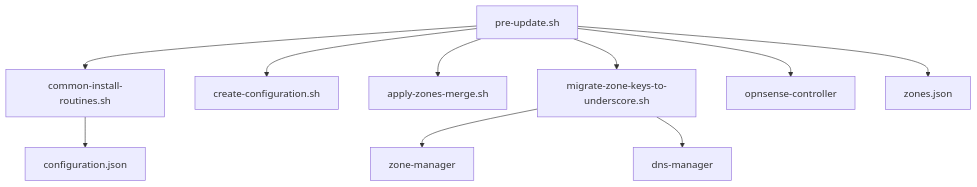
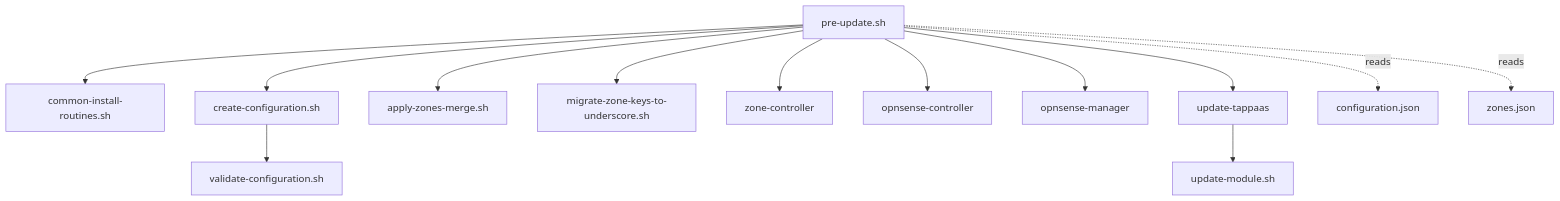
One commit to TAPPaaS/TAPPaaS changed the second of 6 diagrams in src/foundation/DEPENDENCIES.md. Above: the diagram before and after it, drawn with Mermaid. The commit also changed other lines of this file and 3 other files, not shown here.

First line of the commit message:
S0 complete: tappaas-cicd manager/controller reorg (P4-structure)

````diff
--- a/src/foundation/DEPENDENCIES.md
+++ b/src/foundation/DEPENDENCIES.md
@@ -287,12 +134,15 @@
 ```mermaid
 graph TD
-    A["pre-update.sh"] --> B["common-install-routines.sh"]
-    A --> C["create-configuration.sh"]
-    A --> D["apply-zones-merge.sh"]
-    A --> E["migrate-zone-keys-to-underscore.sh"]
-    A --> F["opnsense-controller"]
-    A --> G["zones.json"]
-    E --> H["zone-manager"]
-    E --> I["dns-manager"]
-    B --> J["configuration.json"]
+    PU["pre-update.sh"] --> CIR["common-install-routines.sh"]
+    PU --> CC["create-configuration.sh"]
+    PU --> AZM["apply-zones-merge.sh"]
+    PU --> MZK["migrate-zone-keys-to-underscore.sh"]
+    PU --> ZC["zone-controller"]
+    PU --> OC["opnsense-controller"]
+    PU --> OM["opnsense-manager"]
+    PU --> UT["update-tappaas"]
+    CC --> VC["validate-configuration.sh"]
+    UT --> UM["update-module.sh"]
+    PU -.reads.-> CFG["configuration.json"]
+    PU -.reads.-> ZN["zones.json"]
 ```
````
